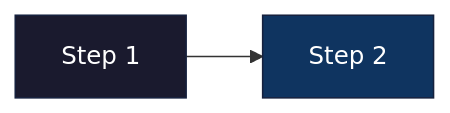
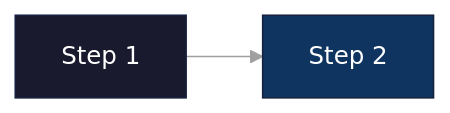
One commit to novotnyllc/ContainAI changed the diagram in .flow/tasks/fn-10-vep.29.md. Above: the diagram before and after it, drawn with Mermaid. The commit also changed other lines of this file and 45 other files, not shown here.

````diff
--- a/.flow/tasks/fn-10-vep.29.md
+++ b/.flow/tasks/fn-10-vep.29.md
@@ -19,6 +19,16 @@
 ```mermaid
+%%{init: {'theme': 'base', 'themeVariables': {
+  'primaryColor': '#1a1a2e',
+  'primaryTextColor': '#ffffff',
+  'primaryBorderColor': '#16213e',
+  'secondaryColor': '#0f3460',
+  'tertiaryColor': '#1a1a2e',
+  'lineColor': '#a0a0a0',
+  'textColor': '#ffffff',
+  'background': '#0d1117'
+}}}%%
 graph LR
     A[Step 1] --> B[Step 2]
     style A fill:#1a1a2e,stroke:#16213e,color:#fff
     style B fill:#0f3460,stroke:#16213e,color:#fff
 ```
````
